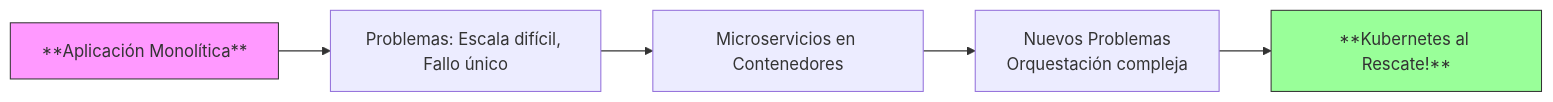
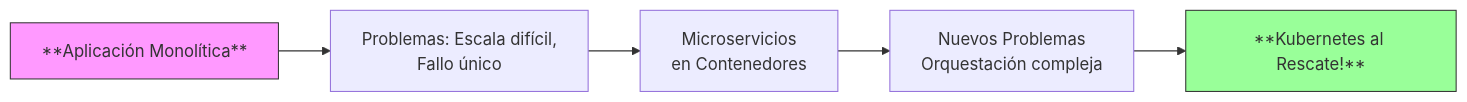
The seventh of 12 diagrams in slides/05-introduccion-k8s.qmd (map0logo/curso-docker-k8s), drawn with Mermaid before and after one commit. The commit also changed other lines of this file and 2 other files, not shown here.

Commit message:
Mejoras presentaciones 5, 6 y 7

````diff
--- a/slides/05-introduccion-k8s.qmd
+++ b/slides/05-introduccion-k8s.qmd
@@ -249,11 +251,13 @@
 ```{mermaid}
 graph LR
-    A[**Aplicación Monolítica**] --> B[Problemas: Escala difícil, Fallo único]
-    B --> C[Microservicios en Contenedores]
+    A[**Aplicación Monolítica**] --> B["Problemas: Escala difícil,
+    Fallo único"]
+    B --> C["Microservicios
+    en Contenedores"]
     C --> D["Nuevos Problemas
     Orquestación compleja"]
     D --> E[**Kubernetes al Rescate!**]
     
     style A fill:#f9f,stroke:#333
     style E fill:#9f9,stroke:#333
 ```
````
